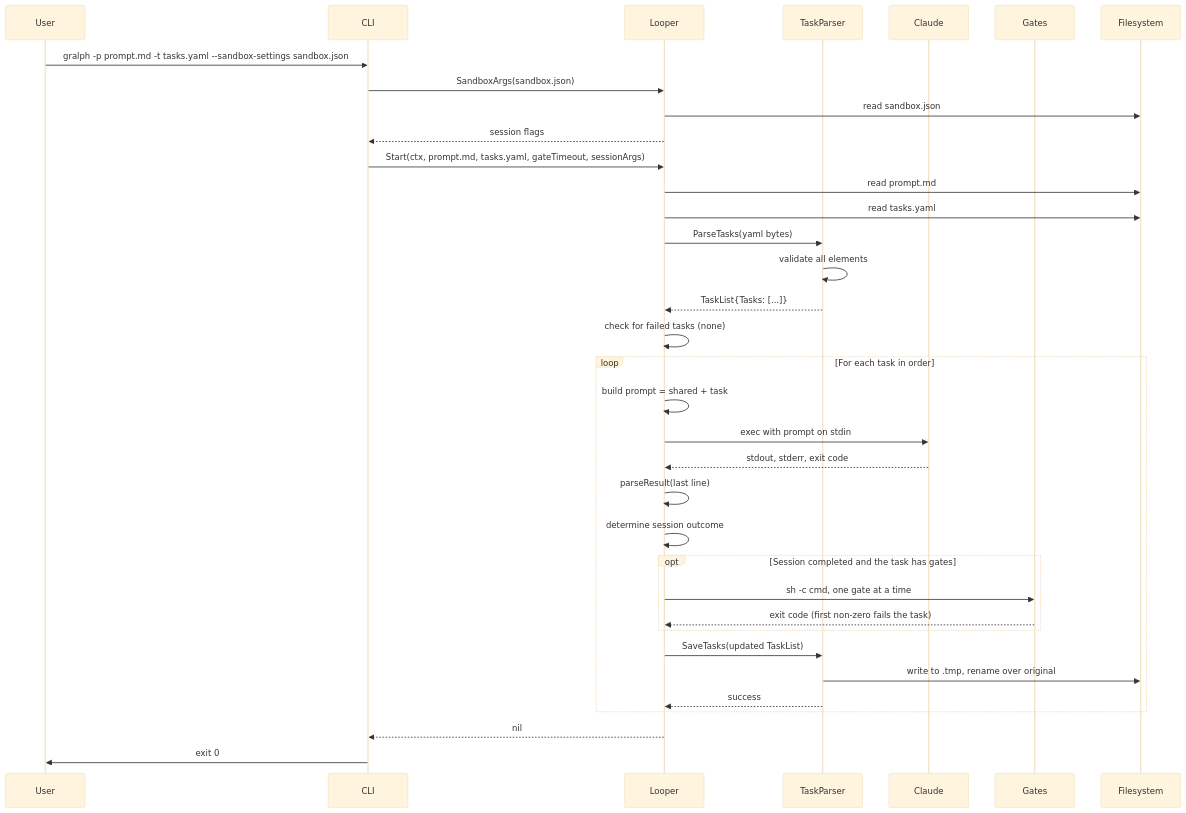
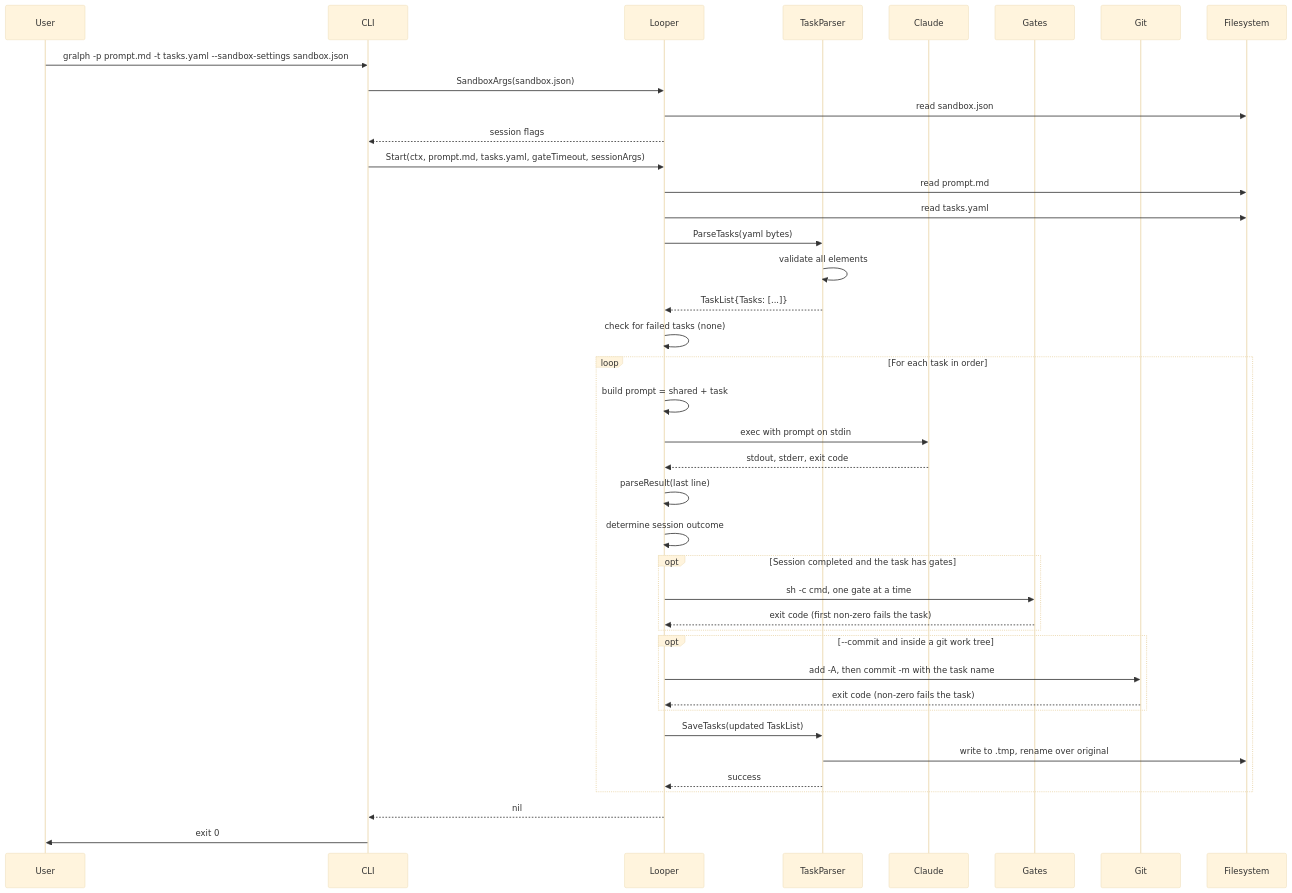
The second of 6 diagrams in docs/architecture/03_system_architecture.md (twistingmercury/gralph), drawn with Mermaid (base theme) before and after one commit. The commit also changed other lines of this file and 26 other files, not shown here.

First line of the commit message:
--commit: gralph commits each completed task after its gates pass (#21)

````diff
--- a/docs/architecture/03_system_architecture.md
+++ b/docs/architecture/03_system_architecture.md
@@ -220,38 +246,43 @@
 ```mermaid
 sequenceDiagram
     participant User
     participant CLI
     participant Looper
     participant TaskParser
     participant Claude
     participant Gates
+    participant Git
     participant Filesystem
 
     User->>CLI: gralph -p prompt.md -t tasks.yaml --sandbox-settings sandbox.json
     CLI->>Looper: SandboxArgs(sandbox.json)
     Looper->>Filesystem: read sandbox.json
     Looper-->>CLI: session flags
     CLI->>Looper: Start(ctx, prompt.md, tasks.yaml, gateTimeout, sessionArgs)
     Looper->>Filesystem: read prompt.md
     Looper->>Filesystem: read tasks.yaml
     Looper->>TaskParser: ParseTasks(yaml bytes)
     TaskParser->>TaskParser: validate all elements
     TaskParser-->>Looper: TaskList{Tasks: [...]}
     Looper->>Looper: check for failed tasks (none)
     loop For each task in order
         Looper->>Looper: build prompt = shared + task
         Looper->>Claude: exec with prompt on stdin
         Claude-->>Looper: stdout, stderr, exit code
         Looper->>Looper: parseResult(last line)
         Looper->>Looper: determine session outcome
         opt Session completed and the task has gates
             Looper->>Gates: sh -c cmd, one gate at a time
             Gates-->>Looper: exit code (first non-zero fails the task)
         end
+        opt --commit and inside a git work tree
+            Looper->>Git: add -A, then commit -m with the task name
+            Git-->>Looper: exit code (non-zero fails the task)
+        end
         Looper->>TaskParser: SaveTasks(updated TaskList)
         TaskParser->>Filesystem: write to .tmp, rename over original
         TaskParser-->>Looper: success
     end
     Looper-->>CLI: nil
     CLI->>User: exit 0
 ```
````
